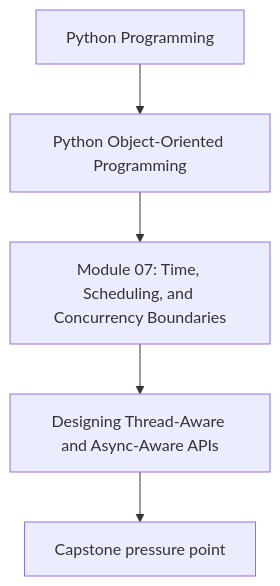
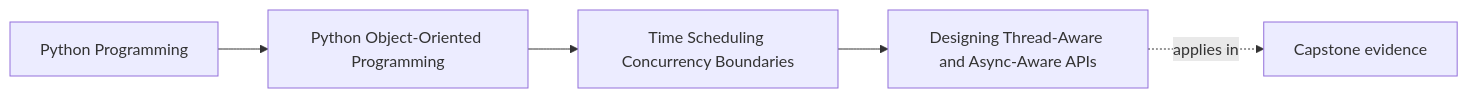
One commit to bijux/bijux-masterclass changed the first of 2 diagrams in programs/python-programming/python-object-oriented-programming/course-book/module-07-time-scheduling-concurrency-boundaries/designing-thread-aware-and-async-aware-apis.md. Above: the diagram before and after it, drawn with Mermaid. The commit also changed other lines of this file and 103 other files, not shown here.

Commit message:
docs(python-object-oriented-programming): map sustainment and capstone surfaces

````diff
--- a/programs/python-programming/python-object-oriented-programming/course-book/module-07-time-scheduling-concurrency-boundaries/designing-thread-aware-and-async-aware-apis.md
+++ b/programs/python-programming/python-object-oriented-programming/course-book/module-07-time-scheduling-concurrency-boundaries/designing-thread-aware-and-async-aware-apis.md
@@ -7,7 +7,11 @@
 ```mermaid
-flowchart TD
-  family["Python Programming"] --> program["Python Object-Oriented Programming"]
-  program --> module["Module 07: Time, Scheduling, and Concurrency Boundaries"]
-  module --> concept["Designing Thread-Aware and Async-Aware APIs"]
-  concept --> capstone["Capstone pressure point"]
+graph LR
+  family["Python Programming"]
+  program["Python Object-Oriented Programming"]
+  section["Time Scheduling Concurrency Boundaries"]
+  page["Designing Thread-Aware and Async-Aware APIs"]
+  capstone["Capstone evidence"]
+
+  family --> program --> section --> page
+  page -.applies in.-> capstone
 ```
````
